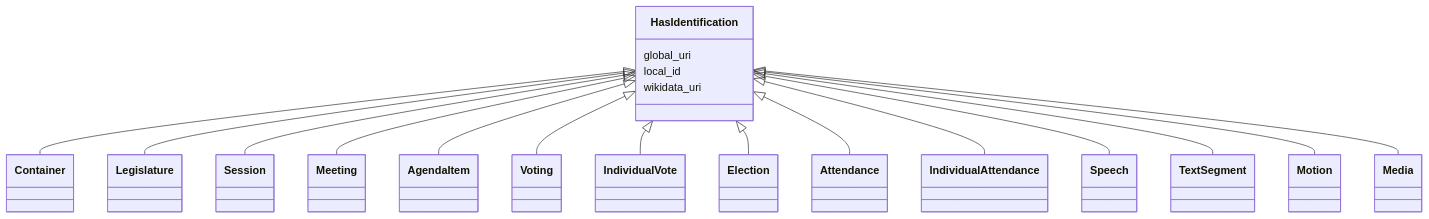
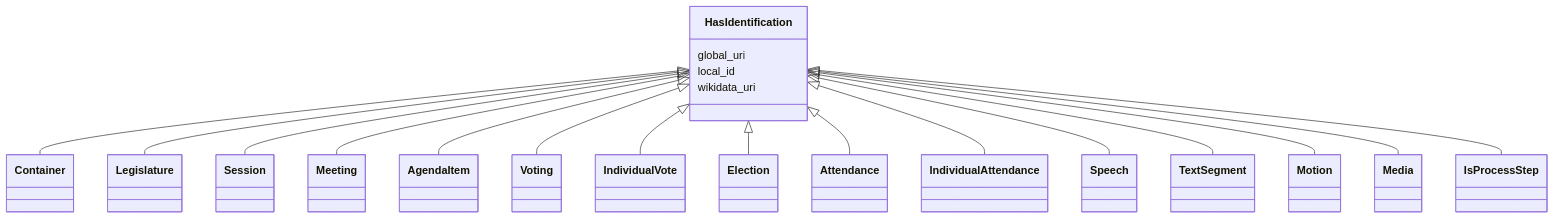
The diagram in ech-0293_operations/output/docs/HasIdentification.md (swiss/political-affairs-ech-group), drawn with Mermaid before and after one commit. The commit also changed other lines of this file and 195 other files, not shown here.

````diff
--- a/ech-0293_operations/output/docs/HasIdentification.md
+++ b/ech-0293_operations/output/docs/HasIdentification.md
@@ -22,41 +27,43 @@
 ```mermaid
  classDiagram
     class HasIdentification
     click HasIdentification href "../HasIdentification/"
       HasIdentification <|-- Container
         click Container href "../Container/"
       HasIdentification <|-- Legislature
         click Legislature href "../Legislature/"
       HasIdentification <|-- Session
         click Session href "../Session/"
       HasIdentification <|-- Meeting
         click Meeting href "../Meeting/"
       HasIdentification <|-- AgendaItem
         click AgendaItem href "../AgendaItem/"
       HasIdentification <|-- Voting
         click Voting href "../Voting/"
       HasIdentification <|-- IndividualVote
         click IndividualVote href "../IndividualVote/"
       HasIdentification <|-- Election
         click Election href "../Election/"
       HasIdentification <|-- Attendance
         click Attendance href "../Attendance/"
       HasIdentification <|-- IndividualAttendance
         click IndividualAttendance href "../IndividualAttendance/"
       HasIdentification <|-- Speech
         click Speech href "../Speech/"
       HasIdentification <|-- TextSegment
         click TextSegment href "../TextSegment/"
       HasIdentification <|-- Motion
         click Motion href "../Motion/"
       HasIdentification <|-- Media
         click Media href "../Media/"
+      HasIdentification <|-- IsProcessStep
+        click IsProcessStep href "../IsProcessStep/"
       
       HasIdentification : global_uri
         
       HasIdentification : local_id
         
       HasIdentification : wikidata_uri
         
       
 ```
````
